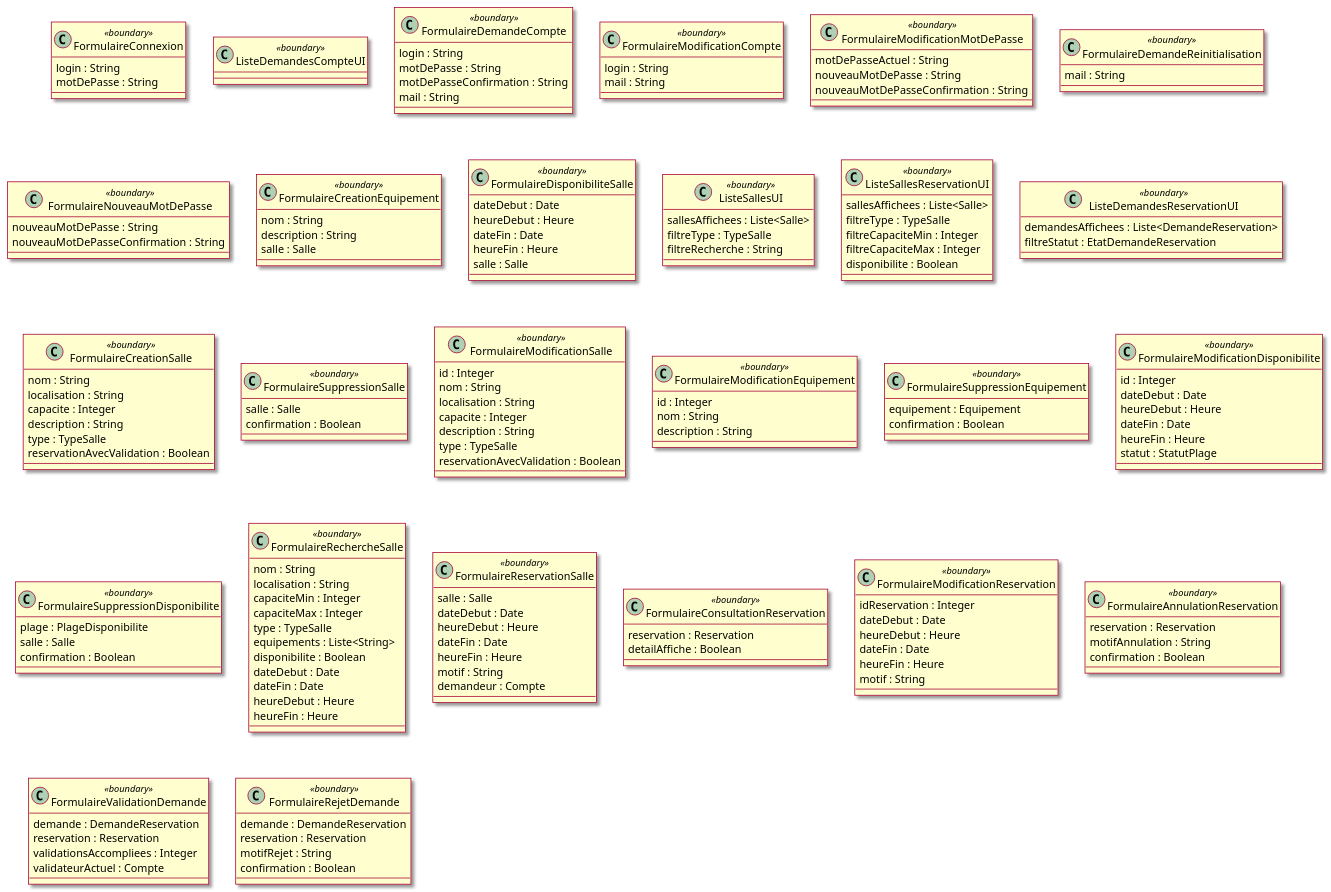
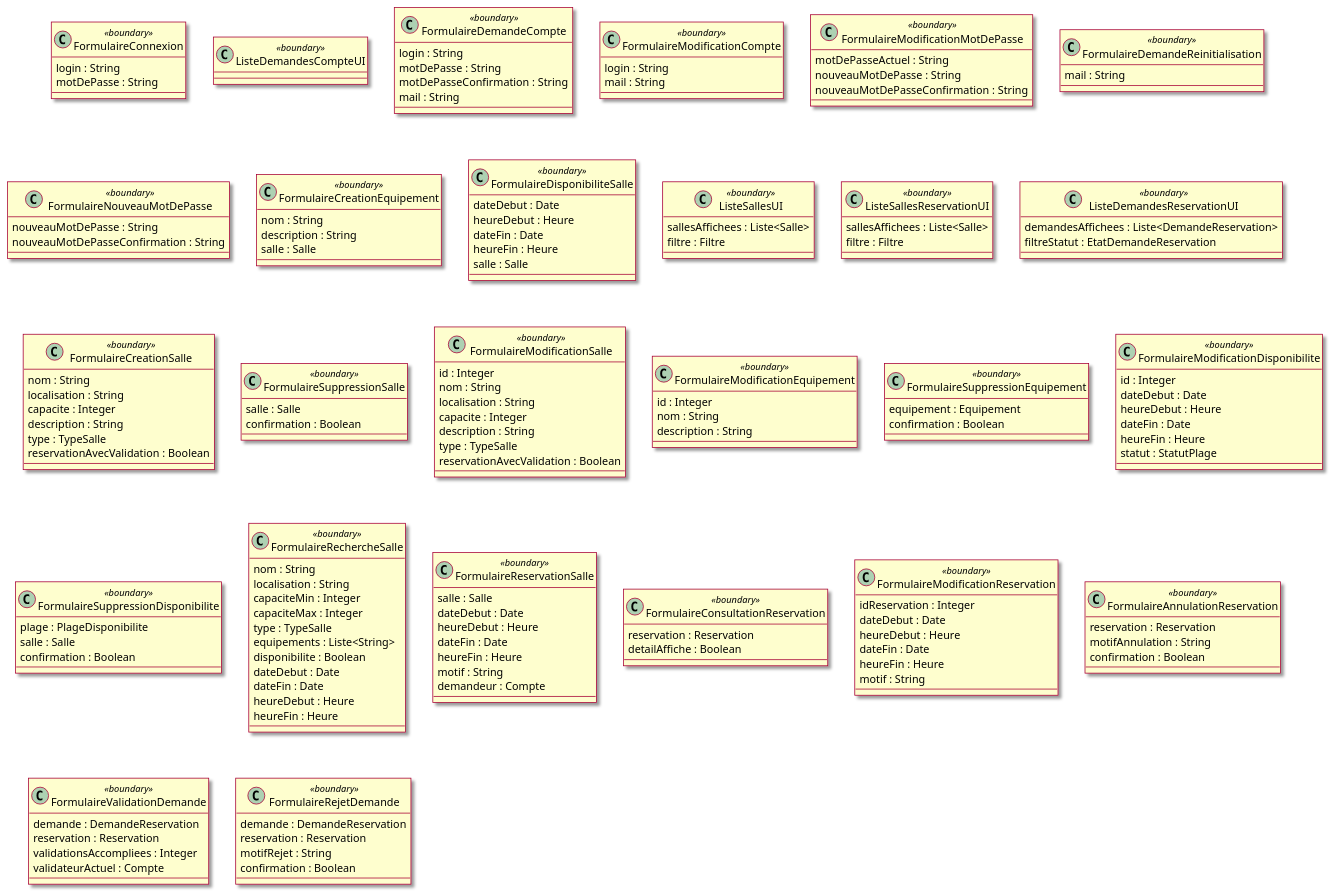
One commit to mrajaonson/glg204-room-management-system changed diagram 60 of 60 in docs/02-Analyse.md. Above: the diagram before and after it, drawn with PlantUML. The commit also changed other lines of this file and 4 other files, not shown here.

```diff
--- a/docs/02-Analyse.md
+++ b/docs/02-Analyse.md
@@ -2532,16 +2531,12 @@
 
 class ListeSallesUI <<boundary>> {
   sallesAffichees : Liste<Salle>
-  filtreType : TypeSalle
-  filtreRecherche : String
+  filtre : Filtre
 }
 
 class ListeSallesReservationUI <<boundary>> {
   sallesAffichees : Liste<Salle>
-  filtreType : TypeSalle
-  filtreCapaciteMin : Integer
-  filtreCapaciteMax : Integer
-  disponibilite : Boolean
+  filtre : Filtre
 }
 
 class ListeDemandesReservationUI <<boundary>> {
```
